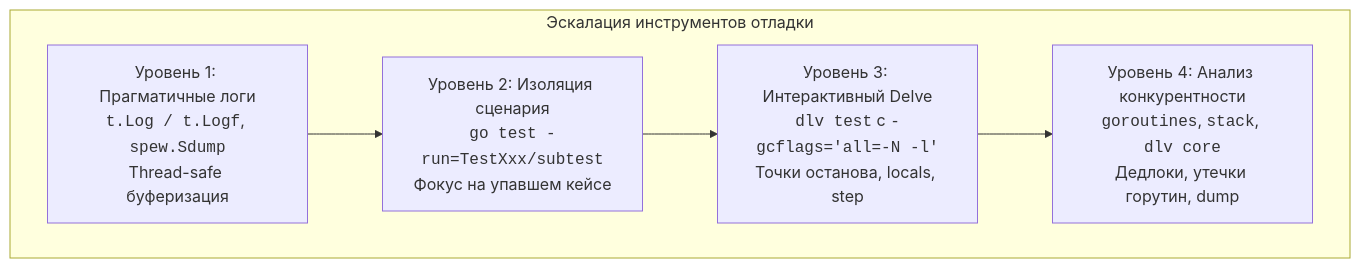
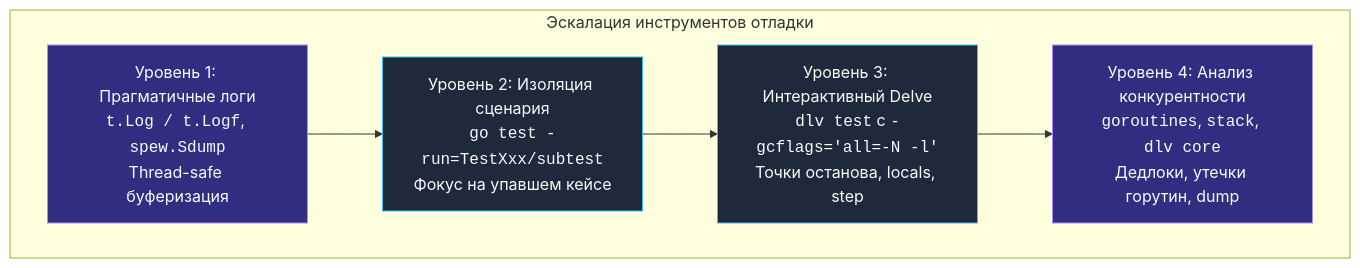
Before and after one commit to UnrealTemplier/go-textbook: the first of 2 diagrams in sources/15. Тестирование в Go (QA & Testing)/10. Практика и CI/8. Debugging тестов.md, drawn with Mermaid. The commit also changed other lines of this file and 1666 other files, not shown here.

First line of the commit message:
feat(mermaid): add semantic color classDef to 1369 colorless flowchart/graph diagrams

````diff
--- a/sources/15. Тестирование в Go (QA & Testing)/10. Практика и CI/8. Debugging тестов.md
+++ b/sources/15. Тестирование в Go (QA & Testing)/10. Практика и CI/8. Debugging тестов.md
@@ -13,10 +13,20 @@
 ```mermaid
 flowchart TD
+    classDef process  fill:#1e293b,stroke:#38bdf8,stroke-width:1px,color:#f8fafc
+    classDef success  fill:#064e3b,stroke:#34d399,stroke-width:1px,color:#f8fafc
+    classDef error    fill:#7f1d1d,stroke:#f87171,stroke-width:1px,color:#f8fafc
+    classDef warning  fill:#78350f,stroke:#fbbf24,stroke-width:1px,color:#f8fafc
+    classDef entry    fill:#1e3a5f,stroke:#38bdf8,stroke-width:2px,color:#f8fafc
+    classDef aux      fill:#334155,stroke:#64748b,stroke-width:1px,color:#f8fafc
+    classDef system   fill:#312e81,stroke:#a78bfa,stroke-width:1px,color:#f8fafc
+    classDef data     fill:#132d29,stroke:#2dd4bf,stroke-width:1px,color:#f8fafc
+    classDef network  fill:#881337,stroke:#fb7185,stroke-width:1px,color:#f8fafc
+    classDef accent   fill:#1e1b4b,stroke:#818cf8,stroke-width:1px,color:#f8fafc
     subgraph Escalation["Эскалация инструментов отладки"]
-        L1["Уровень 1: Прагматичные логи<br/><code>t.Log / t.Logf</code>, <code>spew.Sdump</code><br/>Thread-safe буферизация"]
-        L2["Уровень 2: Изоляция сценария<br/><code>go test -run=TestXxx/subtest</code><br/>Фокус на упавшем кейсе"]
-        L3["Уровень 3: Интерактивный Delve<br/><code>dlv test</code> с <code>-gcflags='all=-N -l'</code><br/>Точки останова, locals, step"]
-        L4["Уровень 4: Анализ конкурентности<br/><code>goroutines</code>, <code>stack</code>, <code>dlv core</code><br/>Дедлоки, утечки горутин, dump"]
+        L1["Уровень 1: Прагматичные логи<br/><code>t.Log / t.Logf</code>, <code>spew.Sdump</code><br/>Thread-safe буферизация"]:::system
+        L2["Уровень 2: Изоляция сценария<br/><code>go test -run=TestXxx/subtest</code><br/>Фокус на упавшем кейсе"]:::process
+        L3["Уровень 3: Интерактивный Delve<br/><code>dlv test</code> с <code>-gcflags='all=-N -l'</code><br/>Точки останова, locals, step"]:::process
+        L4["Уровень 4: Анализ конкурентности<br/><code>goroutines</code>, <code>stack</code>, <code>dlv core</code><br/>Дедлоки, утечки горутин, dump"]:::system
     end
     L1 --> L2 --> L3 --> L4
 ```
````
